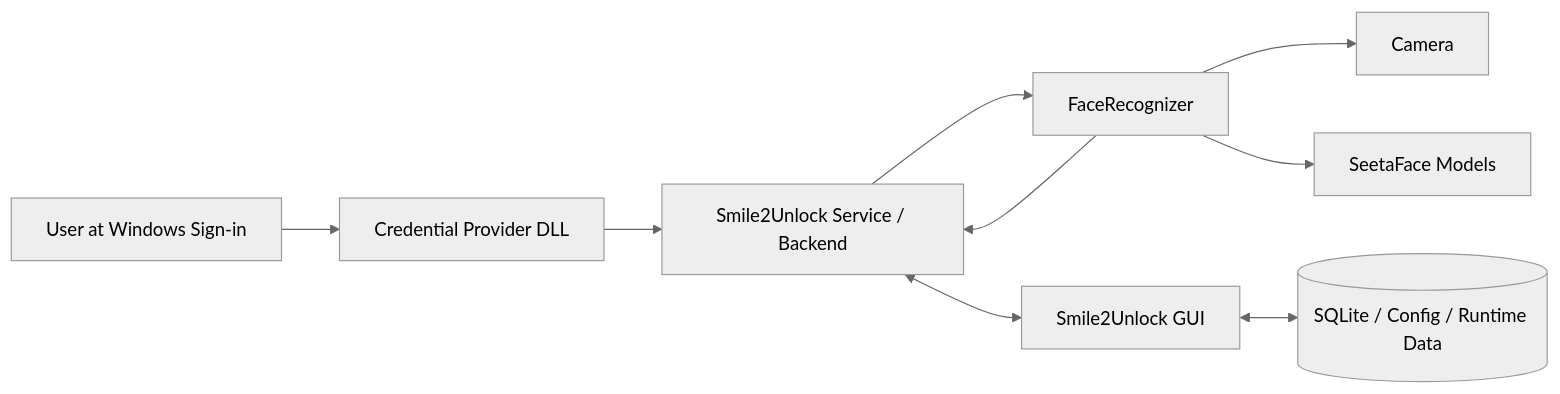
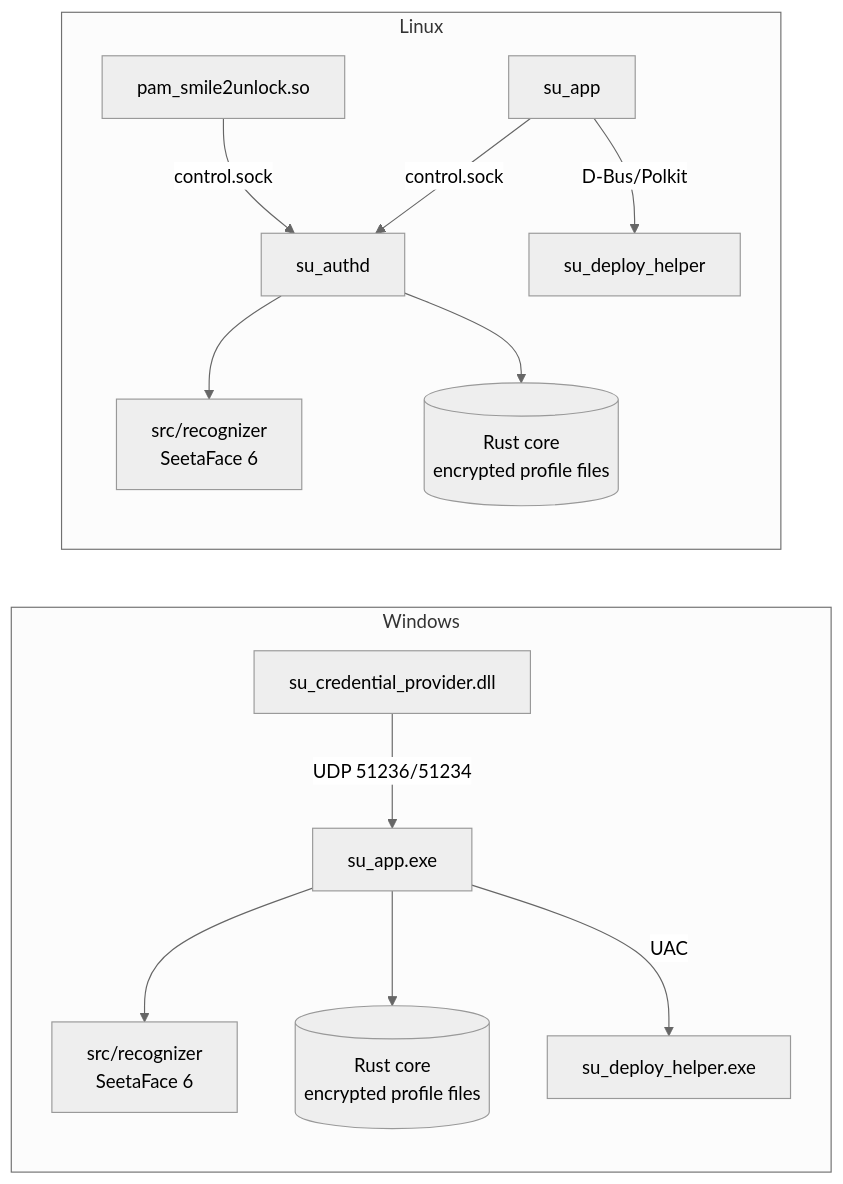
Before and after one commit to Smile2Unlock/Smile2Unlock_v2: the diagram in README.md, drawn with Mermaid (neutral theme). The commit also changed other lines of this file and 152 other files, not shown here.

First line of the commit message:
feat: add Windows credential provider and deployment (#57)

````diff
--- a/README.md
+++ b/README.md
@@ -87,11 +96,16 @@
 ```mermaid
 flowchart LR
-    U[User at Windows Sign-in] --> CP[Credential Provider DLL]
-    CP --> S[Smile2Unlock Service / Backend]
-    S --> FR[FaceRecognizer]
-    S <--> GUI[Smile2Unlock GUI]
-    GUI <--> DB[(SQLite / Config / Runtime Data)]
-    FR --> CAM[Camera]
-    FR --> MODEL[SeetaFace Models]
-    FR --> S
+    subgraph Windows
+        CP[su_credential_provider.dll] -- UDP 51236/51234 --> APP[su_app.exe]
+        APP --> REC[src/recognizer<br/>SeetaFace 6]
+        APP --> CORE[(Rust core<br/>encrypted profile files)]
+        APP -- UAC --> HELPER[su_deploy_helper.exe]
+    end
+    subgraph Linux
+        PAM[pam_smile2unlock.so] -- control.sock --> AUTHD[su_authd]
+        AUTHD --> REC2[src/recognizer<br/>SeetaFace 6]
+        AUTHD --> CORE2[(Rust core<br/>encrypted profile files)]
+        GUI[su_app] -- control.sock --> AUTHD
+        GUI -- D-Bus/Polkit --> HELPER2[su_deploy_helper]
+    end
 ```
````
